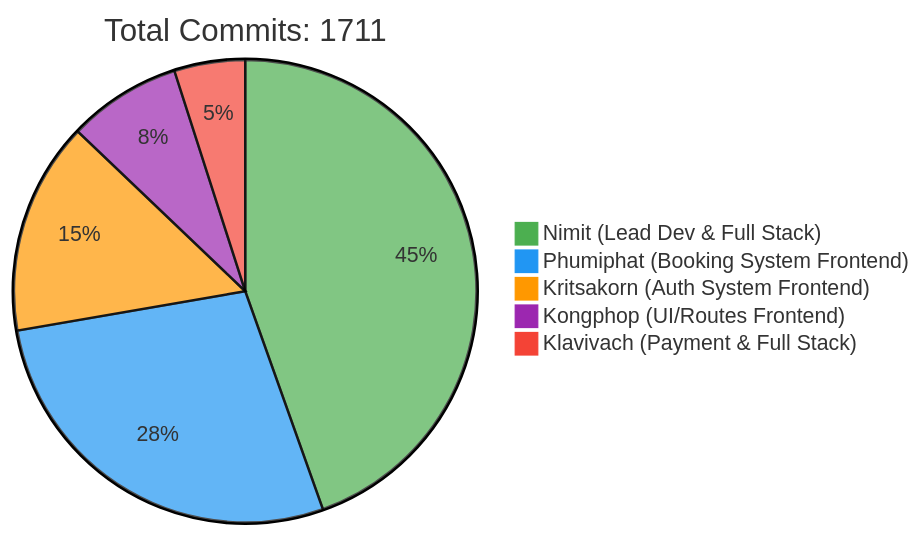
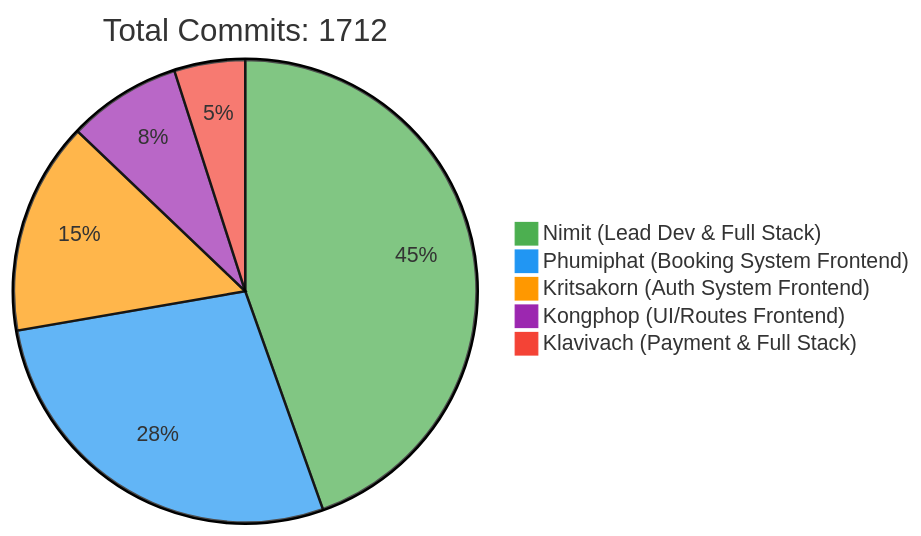
Before and after one commit to 6531503042/Sport-Complex: the first of 2 diagrams in README.md, drawn with Mermaid. The commit also changed other lines of this file, not shown here.

Commit message:
docs: Update contributor statistics [skip ci]

````diff
--- a/README.md
+++ b/README.md
@@ -257,10 +257,10 @@
 ```mermaid
 %%{init: {'theme': 'base', 'themeVariables': { 'pie1': '#4CAF50', 'pie2': '#2196F3', 'pie3': '#FF9800', 'pie4': '#9C27B0', 'pie5': '#F44336'}}}%%
 pie
-    title Total Commits: 1711
+    title Total Commits: 1712
     "Nimit (Lead Dev & Full Stack)" : 450
     "Phumiphat (Booking System Frontend)" : 280
     "Kritsakorn (Auth System Frontend)" : 150
     "Kongphop (UI/Routes Frontend)" : 80
     "Klavivach (Payment & Full Stack)" : 50
 ```
````
